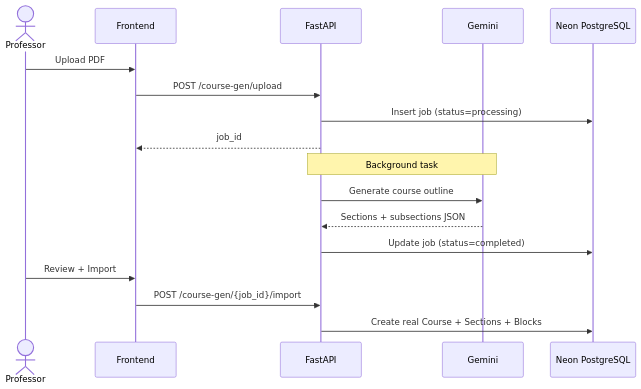
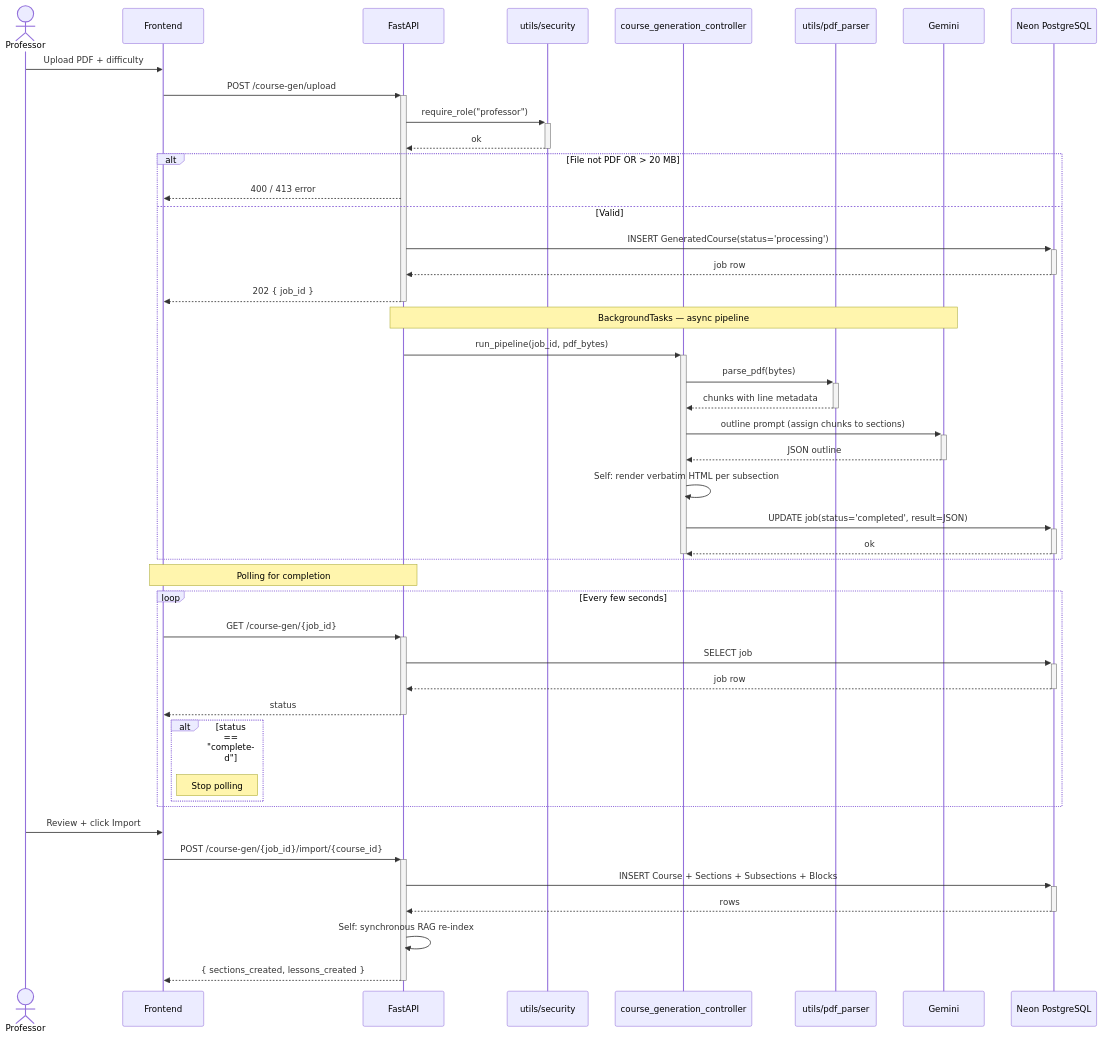
One commit to yazidha09/Hub4Learners changed the fifth of 5 diagrams in docs/sprints/SPRINT_3.md. Above: the diagram before and after it, drawn with Mermaid. The commit also changed other lines of this file and 5 other files, not shown here.

````diff
--- a/docs/sprints/SPRINT_3.md
+++ b/docs/sprints/SPRINT_3.md
@@ -143,22 +160,52 @@
 ```mermaid
 sequenceDiagram
     actor Professor
     participant Frontend
     participant API as FastAPI
+    participant Sec as utils/security
+    participant CGen as course_generation_controller
+    participant PDF as utils/pdf_parser
     participant Gemini
     participant DB as Neon PostgreSQL
 
-    Professor->>Frontend: Upload PDF
-    Frontend->>API: POST /course-gen/upload
-    API->>DB: Insert job (status=processing)
-    API-->>Frontend: job_id
+    Professor->>Frontend: Upload PDF + difficulty
+    Frontend->>+API: POST /course-gen/upload
+    API->>+Sec: require_role("professor")
+    Sec-->>-API: ok
+    alt File not PDF OR > 20 MB
+        API-->>Frontend: 400 / 413 error
+    else Valid
+        API->>+DB: INSERT GeneratedCourse(status='processing')
+        DB-->>-API: job row
+        API-->>-Frontend: 202 { job_id }
+        Note over API,Gemini: BackgroundTasks — async pipeline
+        API->>+CGen: run_pipeline(job_id, pdf_bytes)
+        CGen->>+PDF: parse_pdf(bytes)
+        PDF-->>-CGen: chunks with line metadata
+        CGen->>+Gemini: outline prompt (assign chunks to sections)
+        Gemini-->>-CGen: JSON outline
+        CGen->>CGen: Self: render verbatim HTML per subsection
+        CGen->>+DB: UPDATE job(status='completed', result=JSON)
+        DB-->>-CGen: ok
+        deactivate CGen
+    end
 
-    Note over API,Gemini: Background task
-    API->>Gemini: Generate course outline
-    Gemini-->>API: Sections + subsections JSON
-    API->>DB: Update job (status=completed)
+    Note over Frontend,API: Polling for completion
 
-    Professor->>Frontend: Review + Import
-    Frontend->>API: POST /course-gen/{job_id}/import
-    API->>DB: Create real Course + Sections + Blocks
+    loop Every few seconds
+        Frontend->>+API: GET /course-gen/{job_id}
+        API->>+DB: SELECT job
+        DB-->>-API: job row
+        API-->>-Frontend: status
+        alt status == "completed"
+            Note right of Frontend: Stop polling
+        end
+    end
+
+    Professor->>Frontend: Review + click Import
+    Frontend->>+API: POST /course-gen/{job_id}/import/{course_id}
+    API->>+DB: INSERT Course + Sections + Subsections + Blocks
+    DB-->>-API: rows
+    API->>API: Self: synchronous RAG re-index
+    API-->>-Frontend: { sections_created, lessons_created }
 ```
````
